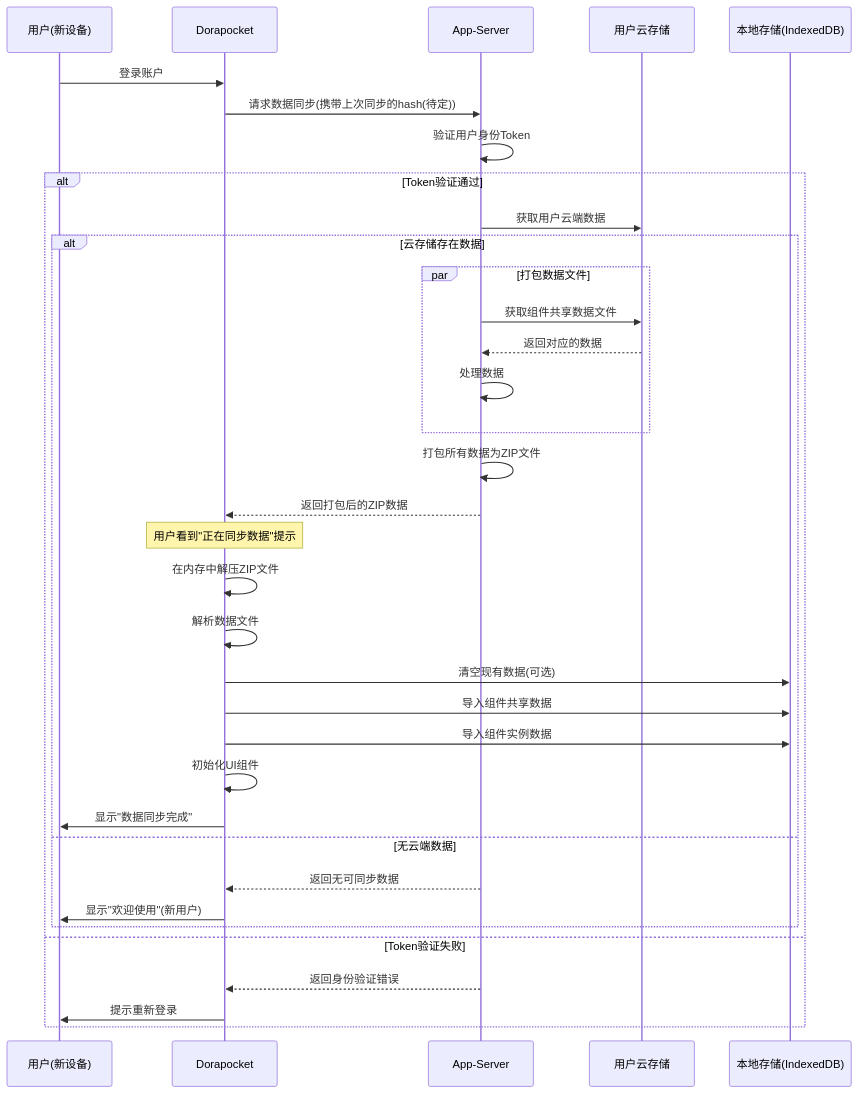
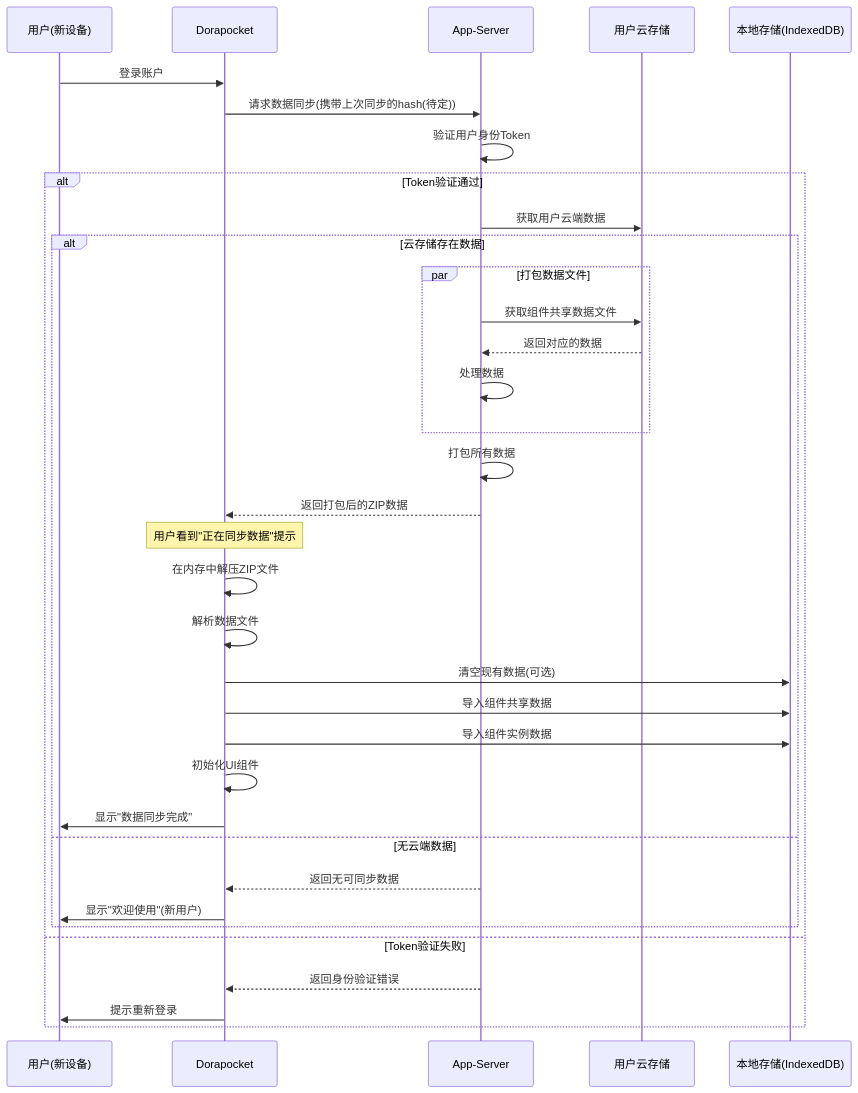
One commit to yingjianzh/iodraw-files changed the diagram in all/未命名-38.md. Above: the diagram before and after it, drawn with Mermaid.

Commit message:
2025-04-21 13:59:57 update

````diff
--- a/all/未命名-38.md
+++ b/all/未命名-38.md
@@ -1,48 +1,48 @@
 ```mermaid
 sequenceDiagram
     participant User as 用户(新设备)
     participant App as Dorapocket
     participant AppServer as App-Server
     participant UserCloud as 用户云存储
     participant LocalDB as 本地存储(IndexedDB)
     
     User->>App: 登录账户
     
     App->>AppServer: 请求数据同步(携带上次同步的hash(待定))
     AppServer->>AppServer: 验证用户身份Token
     
     alt Token验证通过
         AppServer->>UserCloud: 获取用户云端数据
         
         
         alt 云存储存在数据
             par 打包数据文件
                 AppServer->>UserCloud: 获取组件共享数据文件
                 UserCloud-->>AppServer: 返回对应的数据
                 
                 AppServer->>AppServer: 处理数据
             end
             
-            AppServer->>AppServer: 打包所有数据为ZIP文件
+            AppServer->>AppServer: 打包所有数据
             AppServer-->>App: 返回打包后的ZIP数据
             
             Note over App: 用户看到"正在同步数据"提示
             
             App->>App: 在内存中解压ZIP文件
             App->>App: 解析数据文件
             
             App->>LocalDB: 清空现有数据(可选)
             App->>LocalDB: 导入组件共享数据
             App->>LocalDB: 导入组件实例数据
             
             App->>App: 初始化UI组件
             App->>User: 显示"数据同步完成"
         else 无云端数据
             AppServer-->>App: 返回无可同步数据
             App->>User: 显示"欢迎使用"(新用户)
         end
     else Token验证失败
         AppServer-->>App: 返回身份验证错误
         App->>User: 提示重新登录
     end
 ```
````
